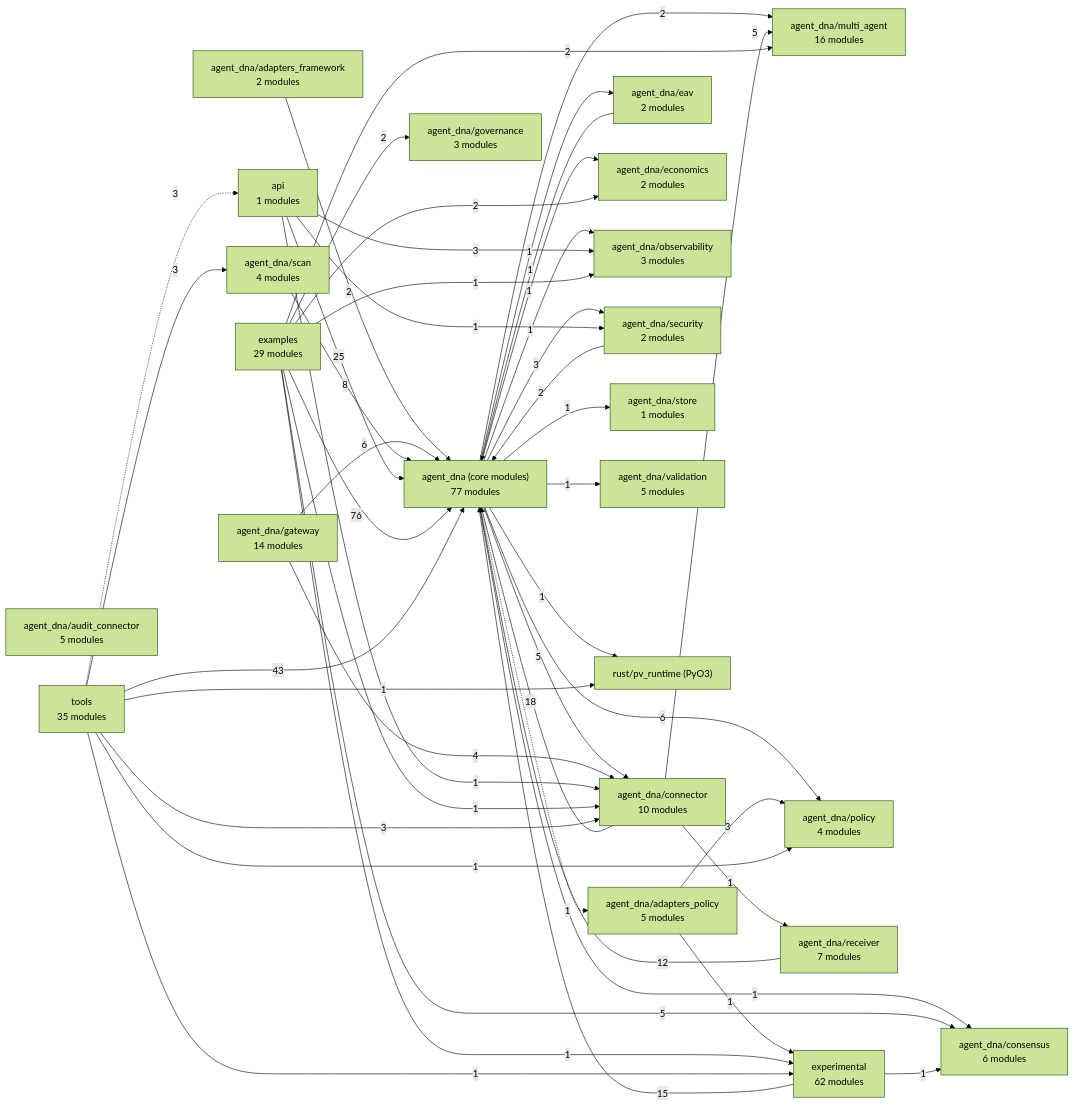
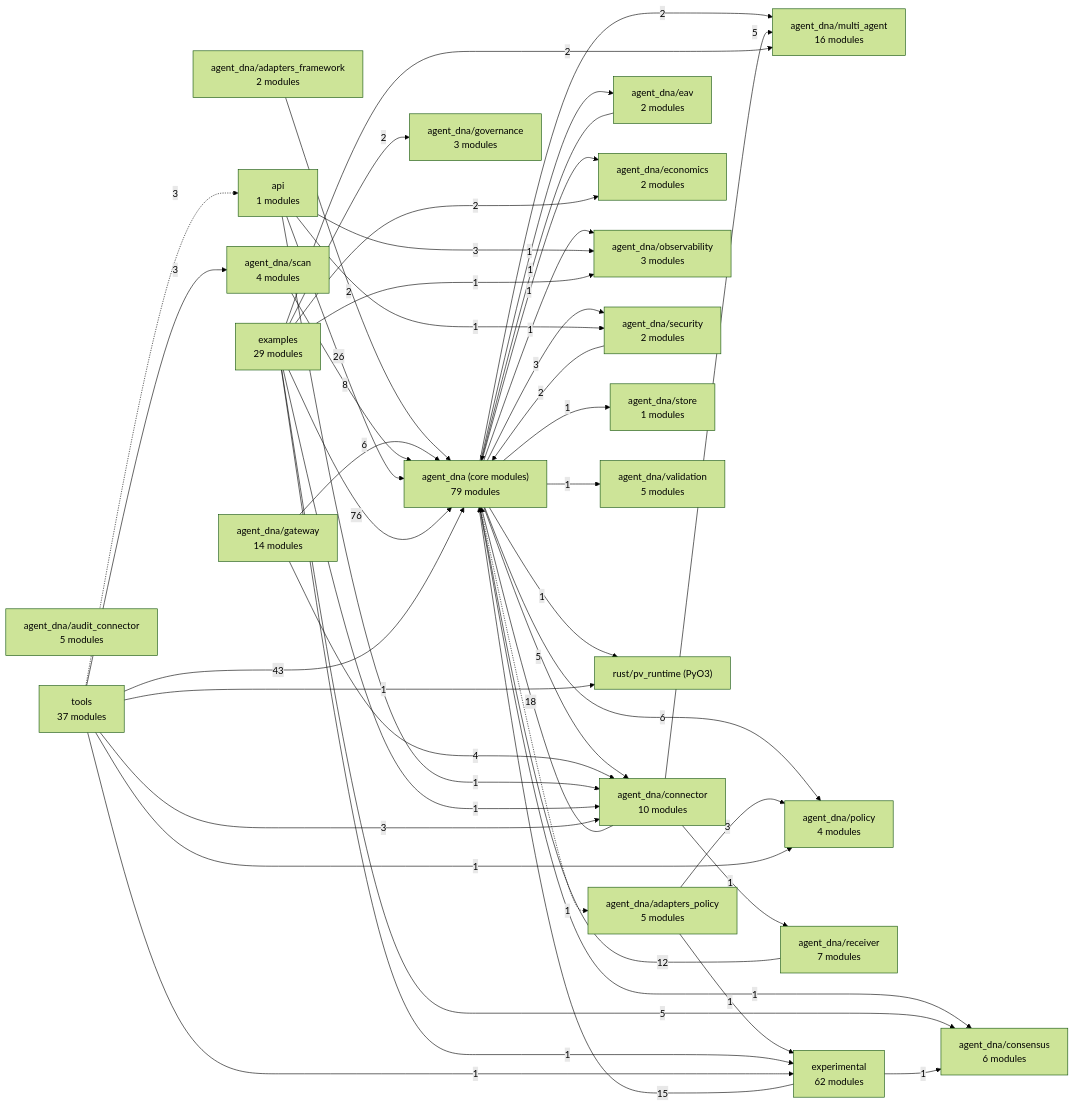
One commit to LOLA0786/privatevault-agent-dna changed the diagram in docs/architecture/MAP.md. Above: the diagram before and after it, drawn with Mermaid (forest theme). The commit also changed other lines of this file and 32 other files, not shown here.

````diff
--- a/docs/architecture/MAP.md
+++ b/docs/architecture/MAP.md
@@ -7,71 +7,71 @@
 ```mermaid
 flowchart LR
-  n0["agent_dna (core modules)<br/>77 modules"]
+  n0["agent_dna (core modules)<br/>79 modules"]
   n1["agent_dna/adapters_framework<br/>2 modules"]
   n2["agent_dna/adapters_policy<br/>5 modules"]
   n3["agent_dna/audit_connector<br/>5 modules"]
   n4["agent_dna/connector<br/>10 modules"]
   n5["agent_dna/consensus<br/>6 modules"]
   n6["agent_dna/eav<br/>2 modules"]
   n7["agent_dna/economics<br/>2 modules"]
   n8["agent_dna/gateway<br/>14 modules"]
   n9["agent_dna/governance<br/>3 modules"]
   n10["agent_dna/multi_agent<br/>16 modules"]
   n11["agent_dna/observability<br/>3 modules"]
   n12["agent_dna/policy<br/>4 modules"]
   n13["agent_dna/receiver<br/>7 modules"]
   n14["agent_dna/scan<br/>4 modules"]
   n15["agent_dna/security<br/>2 modules"]
   n16["agent_dna/store<br/>1 modules"]
   n17["agent_dna/validation<br/>5 modules"]
   n18["api<br/>1 modules"]
   n19["examples<br/>29 modules"]
   n20["experimental<br/>62 modules"]
   n21["rust/pv_runtime (PyO3)"]
-  n22["tools<br/>35 modules"]
+  n22["tools<br/>37 modules"]
   n0 -.->|1| n2
   n0 -->|5| n4
   n0 -->|1| n5
   n0 -->|1| n6
   n0 -->|1| n7
   n0 -->|2| n10
   n0 -->|1| n11
   n0 -->|6| n12
   n0 -->|3| n15
   n0 -->|1| n16
   n0 -->|1| n17
   n0 -->|1| n21
   n1 -->|2| n0
   n2 -->|3| n12
   n2 -->|1| n20
   n4 -->|18| n0
   n4 -->|5| n10
   n4 -->|1| n13
   n6 -->|1| n0
   n8 -->|6| n0
   n8 -->|4| n4
   n13 -->|12| n0
   n14 -->|8| n0
   n15 -->|2| n0
-  n18 -->|25| n0
+  n18 -->|26| n0
   n18 -->|1| n4
   n18 -->|3| n11
   n18 -->|1| n15
   n19 -->|76| n0
   n19 -->|1| n4
   n19 -->|5| n5
   n19 -->|2| n7
   n19 -->|2| n9
   n19 -->|2| n10
   n19 -->|1| n11
   n19 -->|1| n20
   n20 -->|15| n0
   n20 -->|1| n5
   n22 -->|43| n0
   n22 -->|3| n4
   n22 -->|1| n12
   n22 -->|3| n14
   n22 -.->|3| n18
   n22 -->|1| n20
   n22 -->|1| n21
 ```
````
